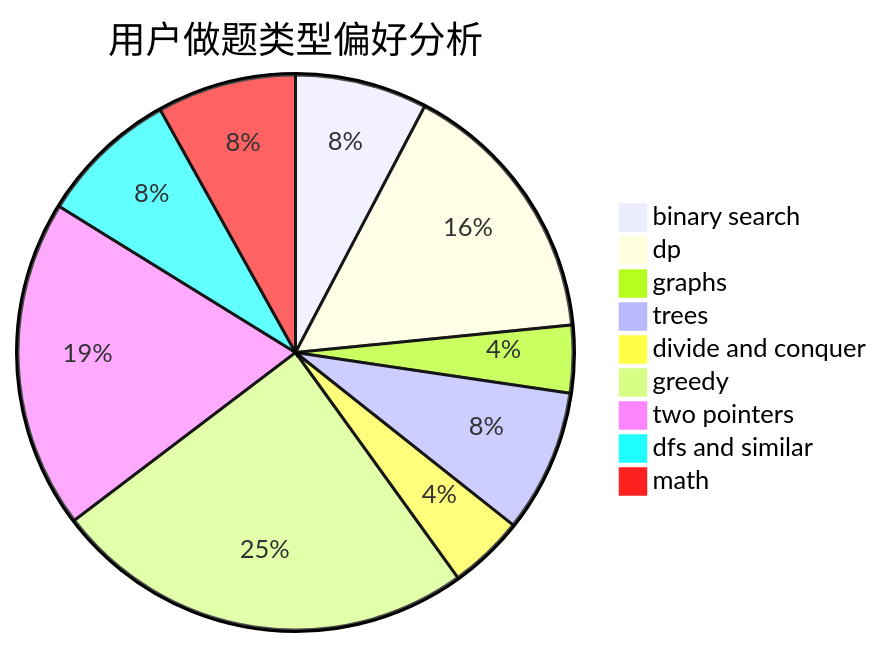
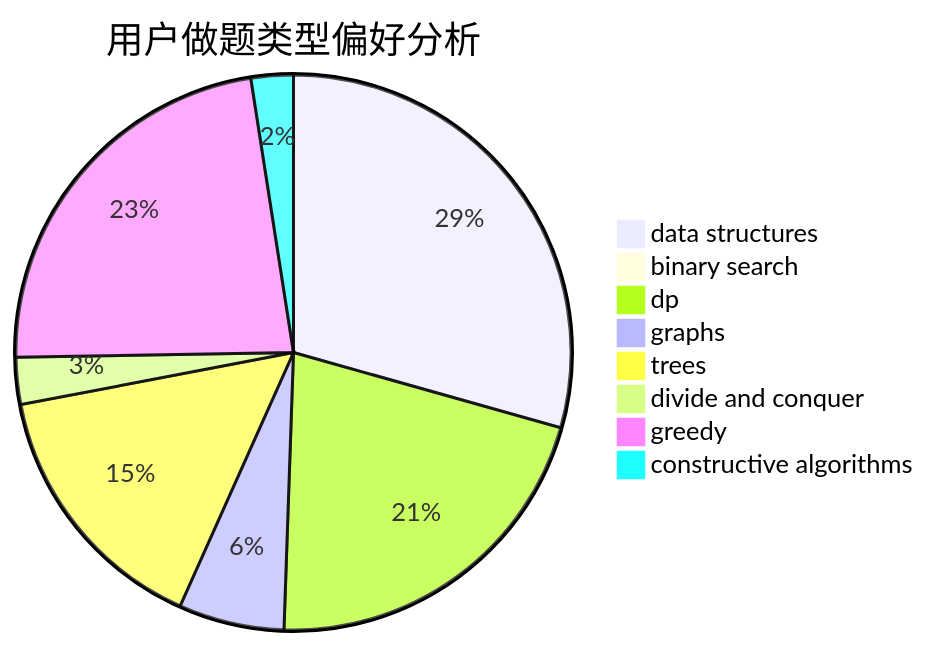
The second of 3 diagrams in docs/user/u2289.md (sherpahu/cfrs.github.io), drawn with Mermaid before and after one commit. The commit also changed other lines of this file and 2775 other files, not shown here.

````diff
--- a/docs/user/u2289.md
+++ b/docs/user/u2289.md
@@ -23,12 +23,11 @@
 ```mermaid
 pie title 用户做题类型偏好分析
-    "binary search" :  135
-    "dp" :  276
-    "graphs" :  69
-    "trees" :  146
-    "divide and conquer" :  77
-    "greedy" :  432
-    "two pointers" :  336
-    "dfs and similar" :  142
-    "math" :  142
+    "data structures" :  215
+    "binary search" :  4
+    "dp" :  155
+    "graphs" :  45
+    "trees" :  112
+    "divide and conquer" :  20
+    "greedy" :  167
+    "constructive algorithms" :  18
 ```
````
